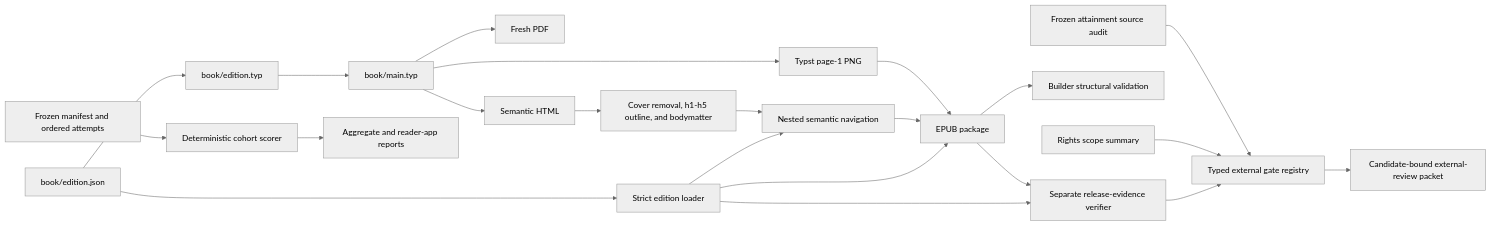
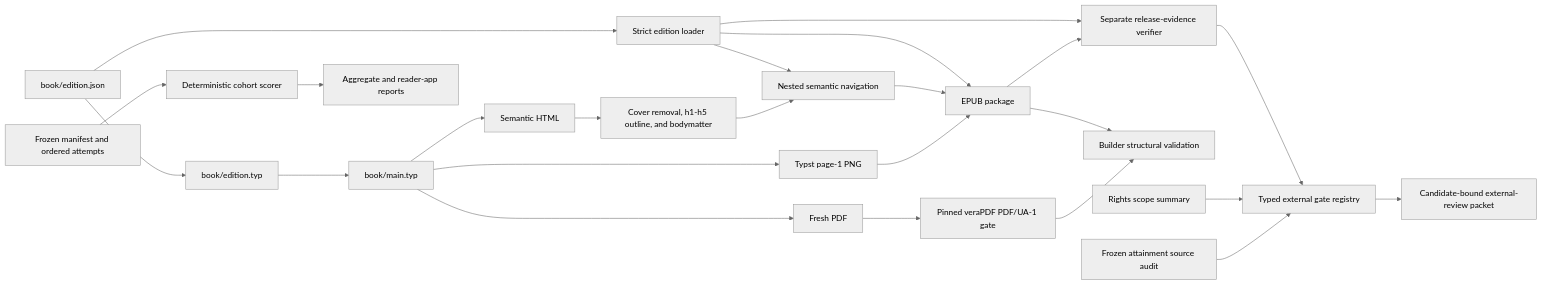
The first of 5 diagrams in scripts/AGENTS.md (streamentry/streamentry), drawn with Mermaid (neutral theme) before and after one commit. The commit also changed other lines of this file and 12 other files, not shown here.

Commit message:
Validate PDF/UA with pinned veraPDF

````diff
--- a/scripts/AGENTS.md
+++ b/scripts/AGENTS.md
@@ -50,24 +52,26 @@
 ```mermaid
 flowchart LR
   D["book/edition.json"] --> L["Strict edition loader"]
   D --> Y["book/edition.typ"]
   Y --> T
   L --> N
   L --> E
   L --> W
   T["book/main.typ"] --> P["Fresh PDF"]
+  P --> U1["Pinned veraPDF PDF/UA-1 gate"]
   T --> C["Typst page-1 PNG"]
   T --> H["Semantic HTML"]
   H --> X["Cover removal, h1-h5 outline, and bodymatter"]
   X --> N["Nested semantic navigation"]
   N --> E["EPUB package"]
   C --> E
   E --> V["Builder structural validation"]
+  U1 --> V
   E --> W["Separate release-evidence verifier"]
   W --> Q["Typed external gate registry"]
   RD["Rights scope summary"] --> Q
   A["Frozen attainment source audit"] --> Q
   Q --> K["Candidate-bound external-review packet"]
   F["Frozen manifest and ordered attempts"] --> S["Deterministic cohort scorer"]
   S --> G["Aggregate and reader-app reports"]
 ```
````
